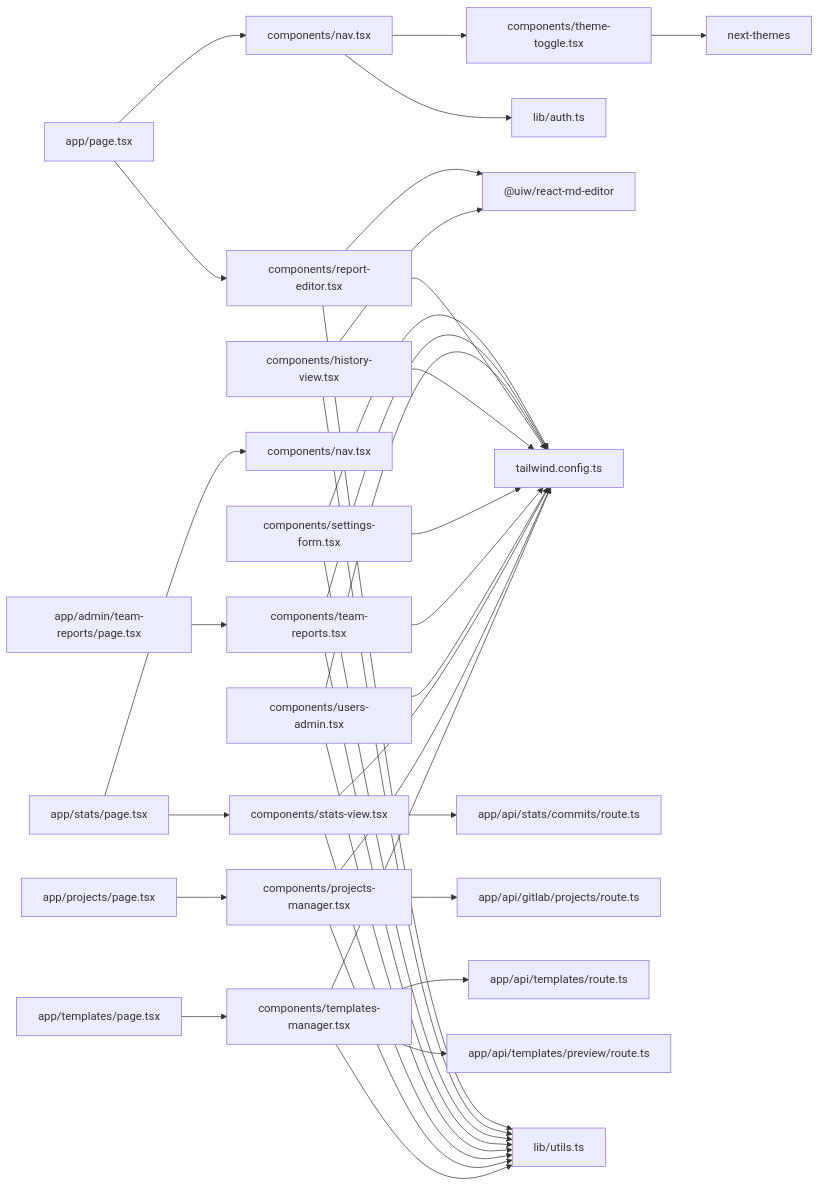
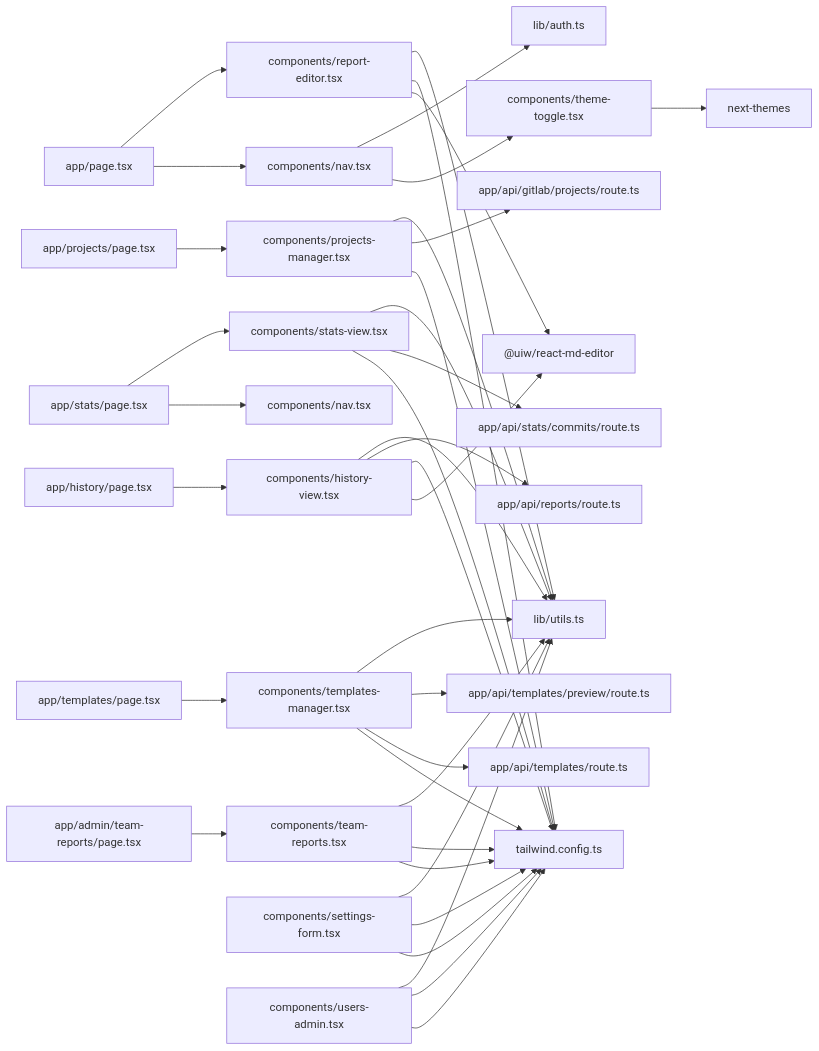
Diagram 13 of 13 in .qoder/repowiki/en/content/Frontend Components/Frontend Components.md (jrj444/git-daily), drawn with Mermaid before and after one commit. The commit also changed other lines of this file and 4 other files, not shown here.

````diff
--- a/.qoder/repowiki/en/content/Frontend Components/Frontend Components.md
+++ b/.qoder/repowiki/en/content/Frontend Components/Frontend Components.md
@@ -770,38 +802,40 @@
 ```mermaid
 graph LR
 Page["app/page.tsx"] --> Nav["components/nav.tsx"]
 Page --> RE["components/report-editor.tsx"]
 TRP["app/admin/team-reports/page.tsx"] --> TR["components/team-reports.tsx"]
 SP["app/stats/page.tsx"] --> N["components/nav.tsx"]
 SP --> SV["components/stats-view.tsx"]
 PP["app/projects/page.tsx"] --> PM["components/projects-manager.tsx"]
 TP["app/templates/page.tsx"] --> TM["components/templates-manager.tsx"]
+HPG["app/history/page.tsx"] --> HV["components/history-view.tsx"]
 Nav --> TT["components/theme-toggle.tsx"]
 Nav --> Auth["lib/auth.ts"]
 RE --> MD["@uiw/react-md-editor"]
-HV["components/history-view.tsx"] --> MD
+HV --> MD
 SF["components/settings-form.tsx"] --> TW["tailwind.config.ts"]
-TR["components/team-reports.tsx"] --> TW
+TR --> TW
 UA["components/users-admin.tsx"] --> TW
 RE --> TW
 HV --> TW
 SF --> TW
 TR --> TW
 UA --> TW
 SV --> TW
 PM --> TW
 TM --> TW
 SV --> API1["app/api/stats/commits/route.ts"]
 PM --> API2["app/api/gitlab/projects/route.ts"]
 TM --> API3["app/api/templates/route.ts"]
 TM --> API4["app/api/templates/preview/route.ts"]
+HV --> API5["app/api/reports/route.ts"]
 RE --> UT["lib/utils.ts"]
 HV --> UT
 SF --> UT
 TR --> UT
 UA --> UT
 SV --> UT
 PM --> UT
 TM --> UT
 TT --> NT["next-themes"]
 ```
````
